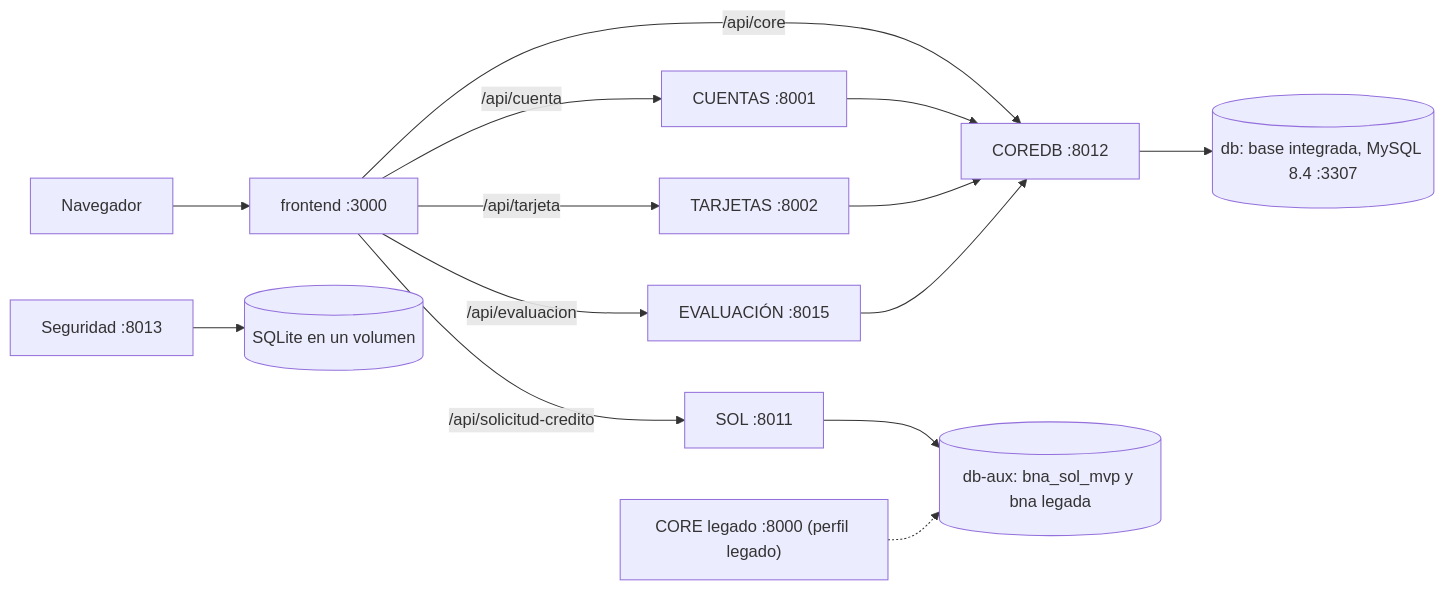
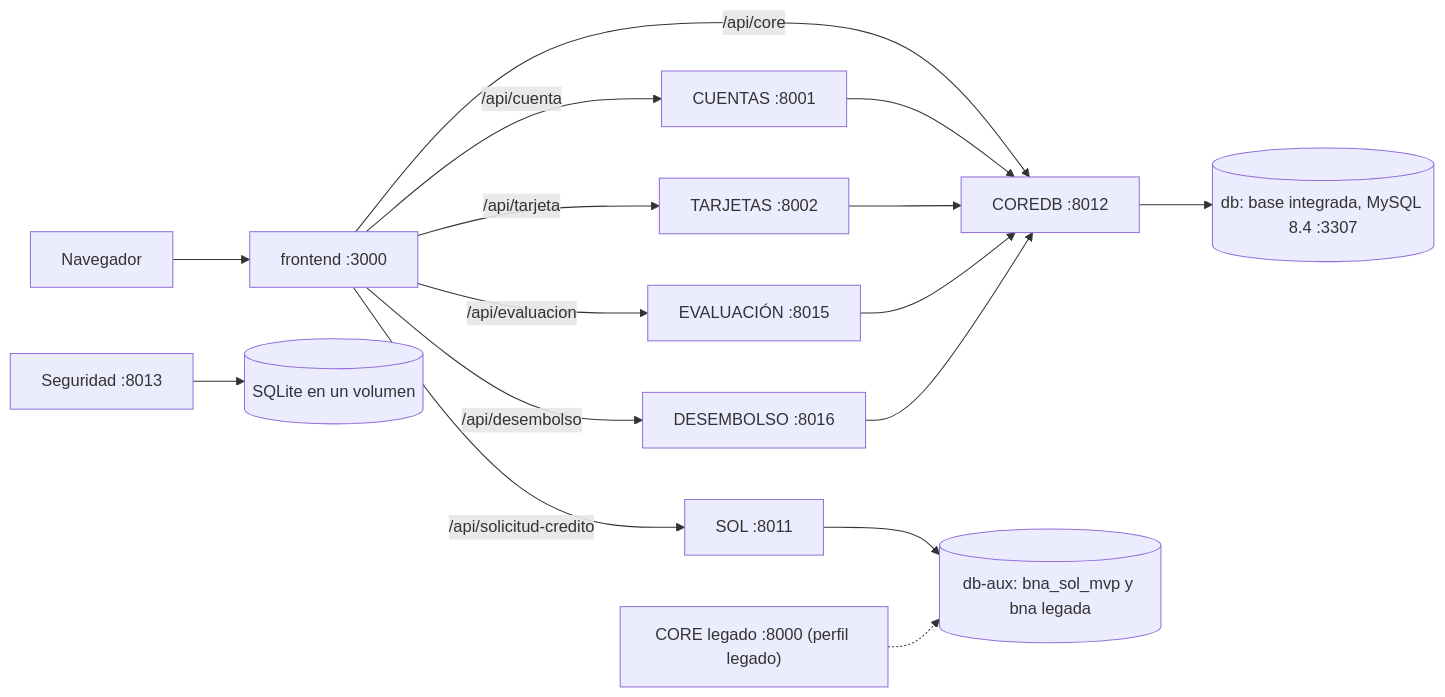
Before and after one commit to SantiagoCusirramos/Banco_Nacional_Arequipa: the diagram in README.md, drawn with Mermaid. The commit also changed other lines of this file and 1 other file, not shown here.

First line of the commit message:
Add the disbursement stretch to the end-to-end flow and the README

````diff
--- a/README.md
+++ b/README.md
@@ -43,16 +44,18 @@
 ```mermaid
 flowchart LR
   nav["Navegador"] --> fe["frontend :3000"]
   fe -->|"/api/core"| coredb["COREDB :8012"]
   fe -->|"/api/cuenta"| cta["CUENTAS :8001"]
   fe -->|"/api/tarjeta"| tar["TARJETAS :8002"]
   fe -->|"/api/solicitud-credito"| sol["SOL :8011"]
   fe -->|"/api/evaluacion"| eva["EVALUACIÓN :8015"]
+  fe -->|"/api/desembolso"| des["DESEMBOLSO :8016"]
   cta --> coredb
   tar --> coredb
   coredb --> db[("db: base integrada, MySQL 8.4 :3307")]
   sol --> aux[("db-aux: bna_sol_mvp y bna legada")]
   eva --> coredb
+  des --> coredb
   seg["Seguridad :8013"] --> sq[("SQLite en un volumen")]
   leg["CORE legado :8000 (perfil legado)"] -.-> aux
 ```
````
